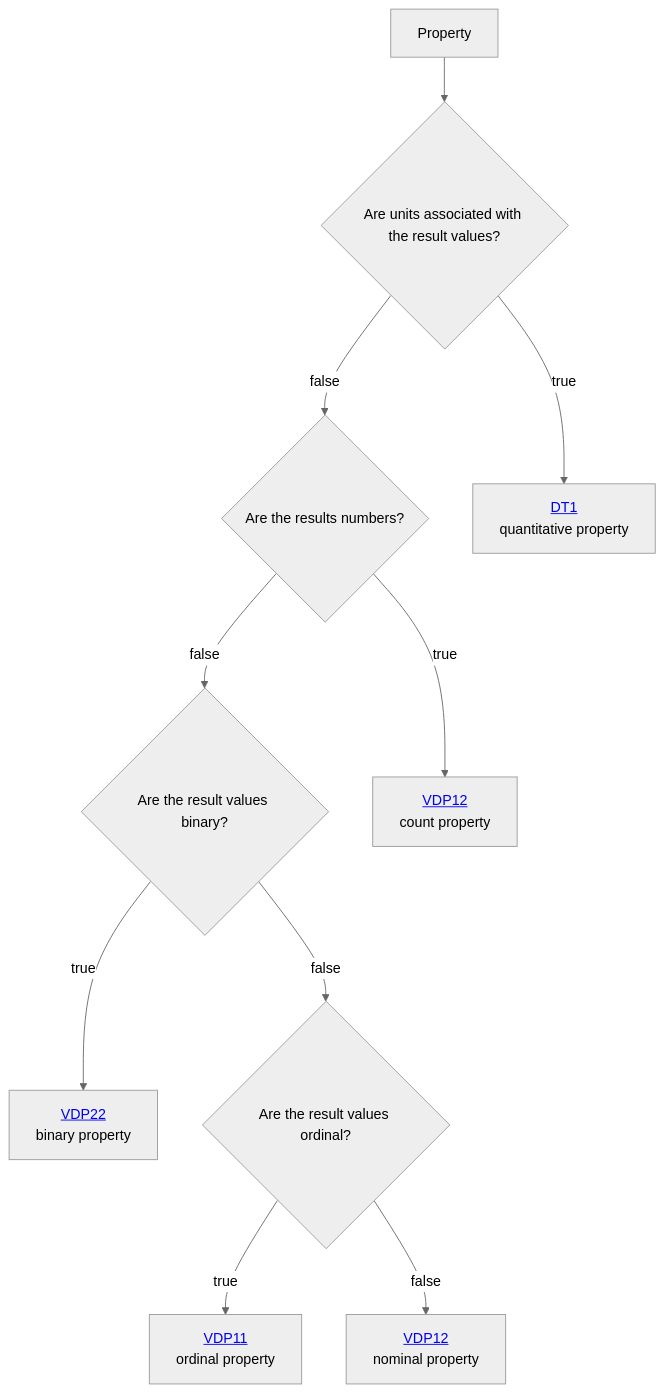
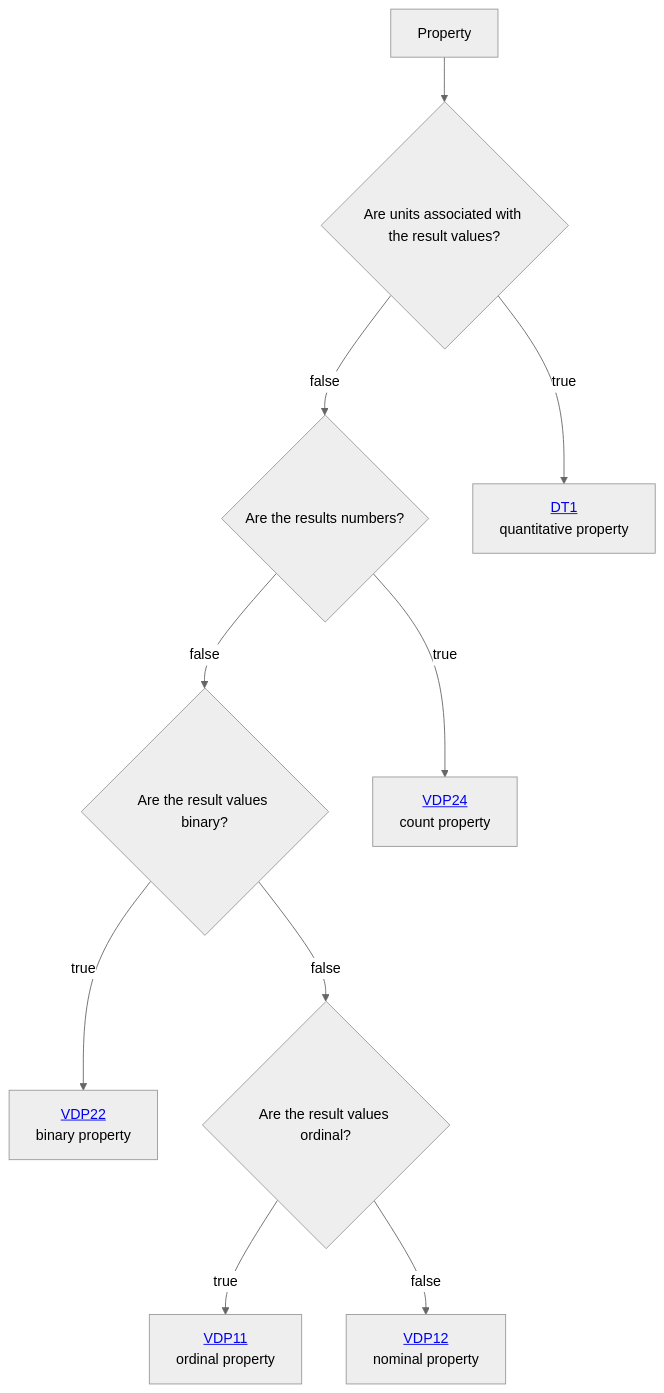
One commit to mabablue/I-ADOPT-patterns-playground changed the diagram in Decisition_trees/DT0.mmd. Above: the diagram before and after it, drawn with Mermaid (neutral theme).

Commit message:
Update decision tree links and properties

```diff
--- a/Decisition_trees/DT0.mmd
+++ b/Decisition_trees/DT0.mmd
@@ -1,10 +1,10 @@
 flowchart TD
     A[Property] --> B{Are units associated with the result values?}
     B --> |false|C{Are the results numbers?}
     B --> |true|D[<a href='https://github.com/mabablue/I-ADOPT-patterns-playground/blob/main/Decisition_trees/DT1.mmd'>DT1</a><br> quantitative property] 
     C --> |false|E{Are the result values binary?}
-    C --> |true|H[<a href='https://github.com/mabablue/I-ADOPT-patterns-playground/blob/main/pattern/VDP12.yaml'>VDP12</a><br> count property] 
-    E --> |true|F[<a href='https://github.com/mabablue/I-ADOPT-patterns-playground/blob/main/pattern/VDP11.yaml'>VDP22</a><br> binary property] 
+    C --> |true|H[<a href='https://github.com/mabablue/I-ADOPT-patterns-playground/blob/main/pattern/VDP24.yaml'>VDP24</a><br> count property] 
+    E --> |true|F[<a href='https://github.com/mabablue/I-ADOPT-patterns-playground/blob/main/pattern/VDP22.yaml'>VDP22</a><br> binary property] 
     E --> |false|I{Are the result values ordinal?}
-    I --> |true|J[<a href='https://github.com/mabablue/I-ADOPT-patterns-playground/blob/main/pattern/VDP12.yaml'>VDP11</a><br> ordinal property] 
+    I --> |true|J[<a href='https://github.com/mabablue/I-ADOPT-patterns-playground/blob/main/pattern/VDP11.yaml'>VDP11</a><br> ordinal property] 
     I --> |false|K[<a href='https://github.com/mabablue/I-ADOPT-patterns-playground/blob/main/pattern/VDP12.yaml'>VDP12</a><br> nominal property] 
```
